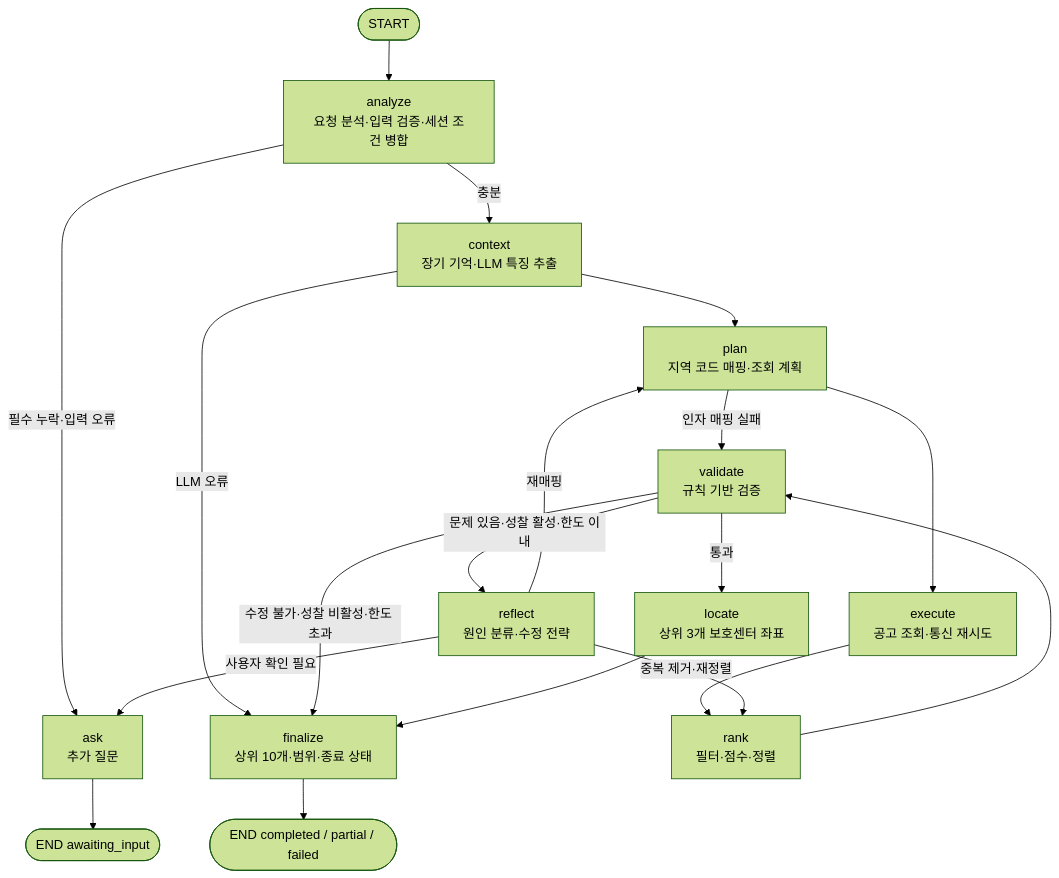
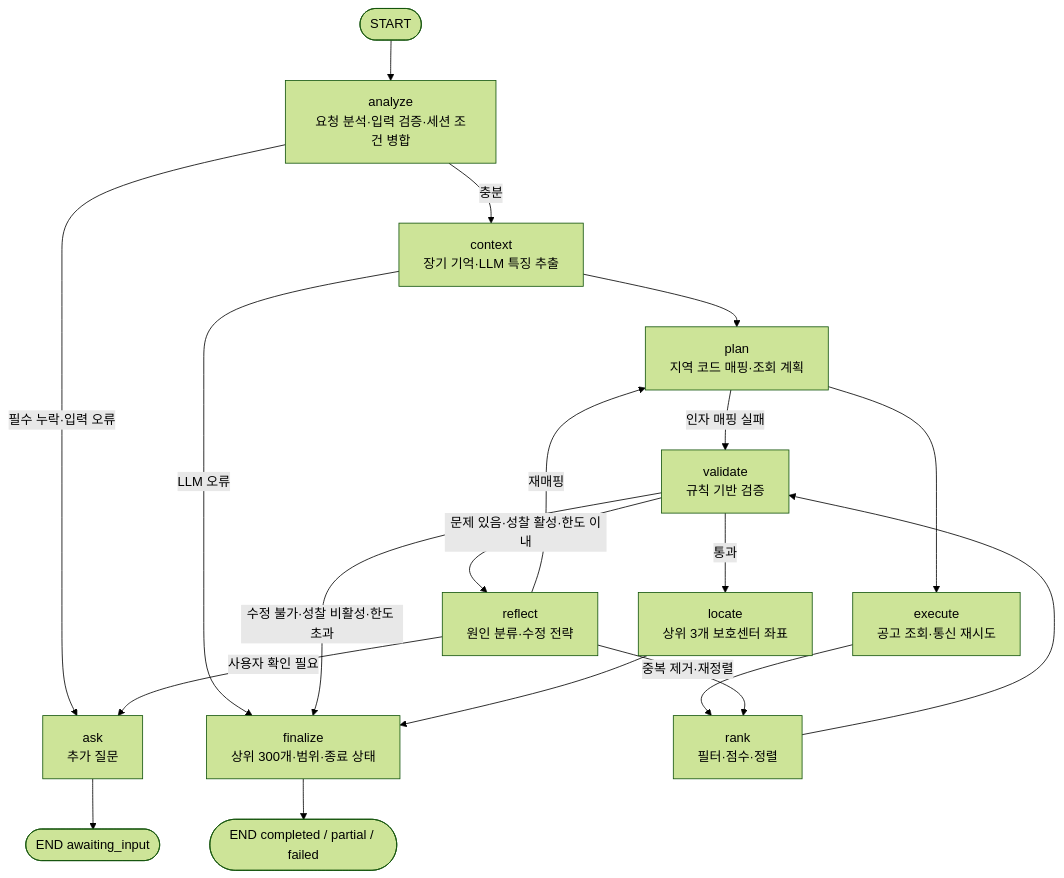
One commit to aio-03-p2-team1/aio-03-p2-team1 changed the first of 3 diagrams in docs/architecture.md. Above: the diagram before and after it, drawn with Mermaid (forest theme). The commit also changed other lines of this file and 24 other files, not shown here.

````diff
--- a/docs/architecture.md
+++ b/docs/architecture.md
@@ -24,21 +24,21 @@
 ```mermaid
 flowchart TD
   S([START]) --> A[analyze<br/>요청 분석·입력 검증·세션 조건 병합]
   A -- 필수 누락·입력 오류 --> Q[ask<br/>추가 질문]
   A -- 충분 --> C[context<br/>장기 기억·LLM 특징 추출]
   C -- LLM 오류 --> F
   C --> P[plan<br/>지역 코드 매핑·조회 계획]
   P -- 인자 매핑 실패 --> V
   P --> E[execute<br/>공고 조회·통신 재시도]
   E --> R[rank<br/>필터·점수·정렬]
   R --> V[validate<br/>규칙 기반 검증]
   V -- 문제 있음·성찰 활성·한도 이내 --> X[reflect<br/>원인 분류·수정 전략]
   X -- 재매핑 --> P
   X -- 중복 제거·재정렬 --> R
   X -- 사용자 확인 필요 --> Q
   V -- 통과 --> L[locate<br/>상위 3개 보호센터 좌표]
   V -- 수정 불가·성찰 비활성·한도 초과 --> F
-  L --> F[finalize<br/>상위 10개·범위·종료 상태]
+  L --> F[finalize<br/>상위 300개·범위·종료 상태]
   Q --> END1([END awaiting_input])
   F --> END2([END completed / partial / failed])
 ```
````
